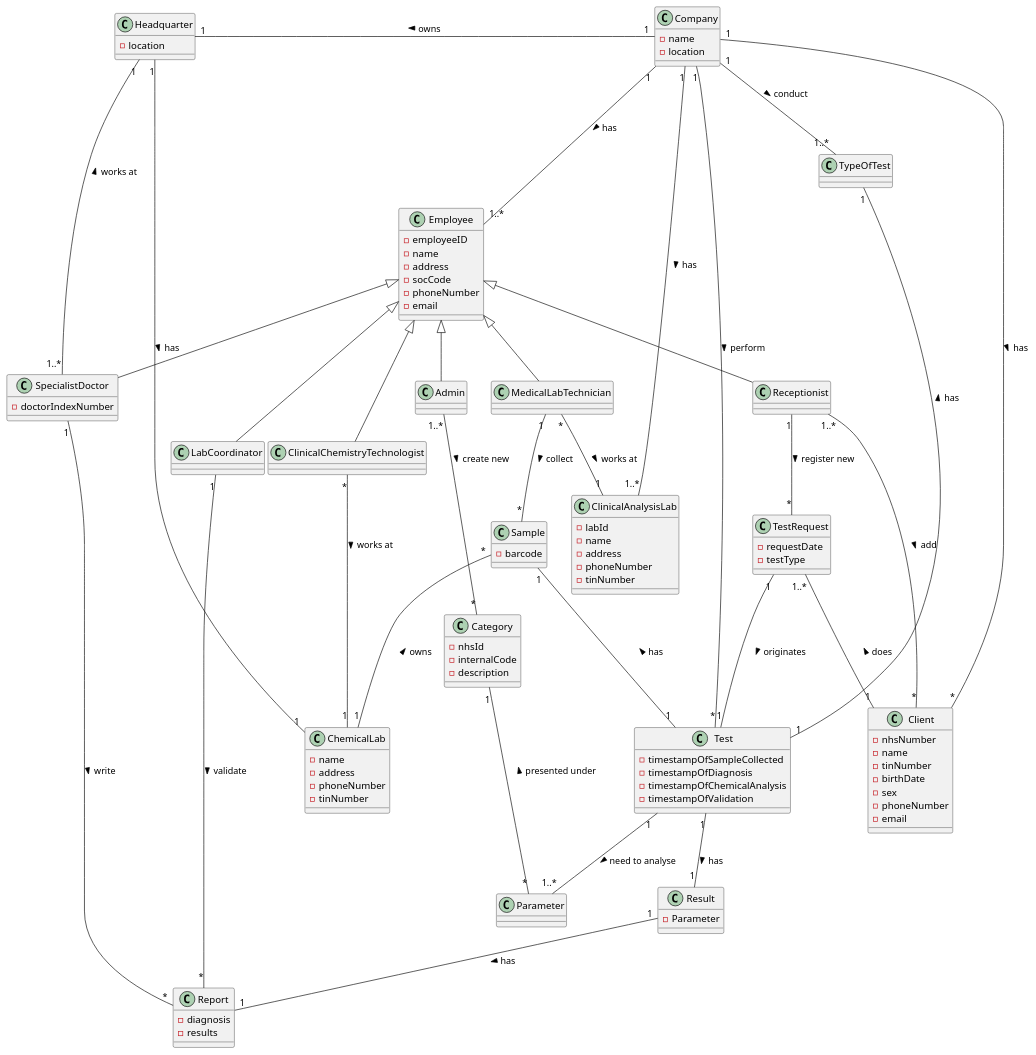
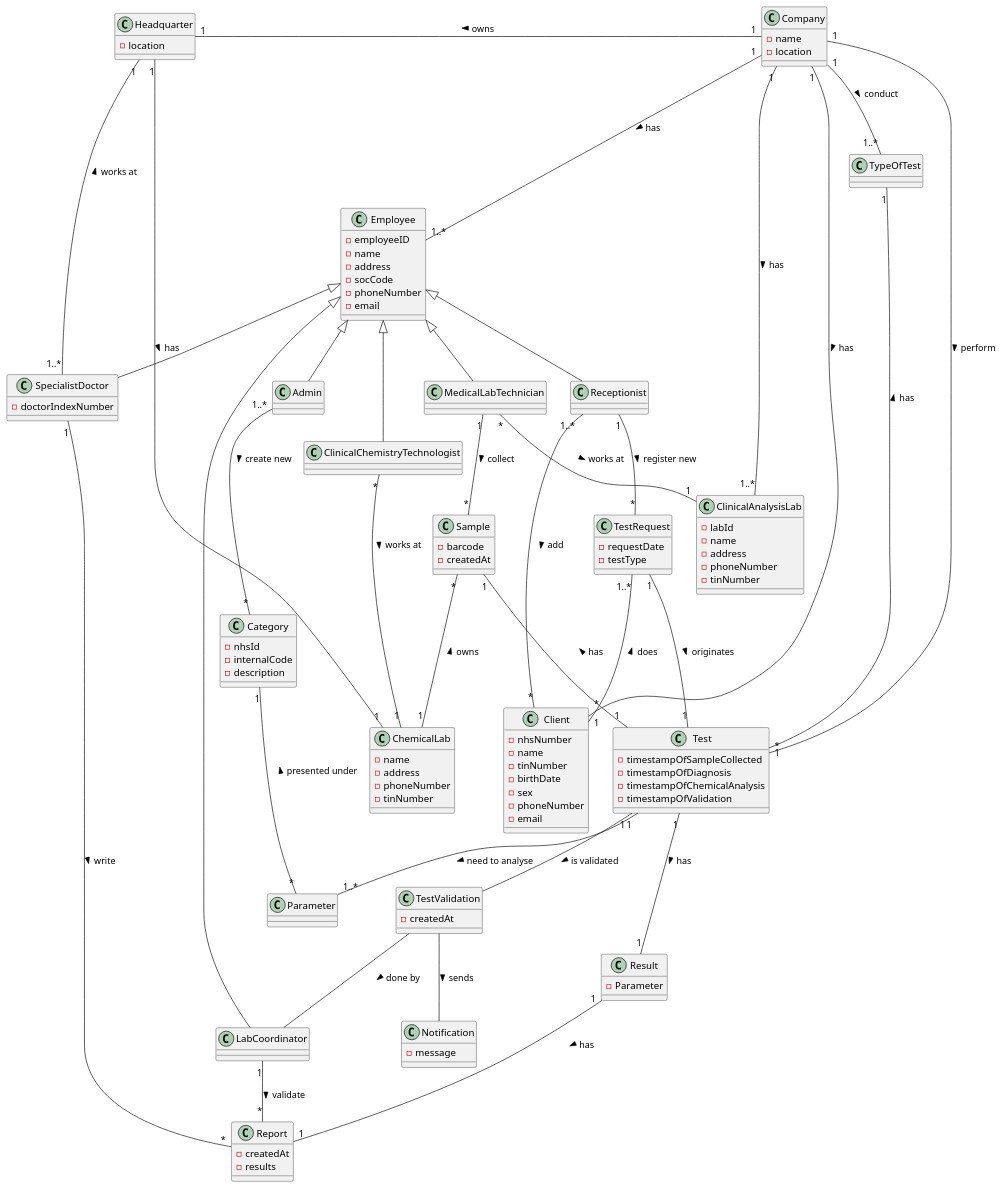
One commit to GuilhermeCunha79/lapr2 changed the diagram in docs/SprintA/DomainModelDiagram.puml. Above: the diagram before and after it, drawn with PlantUML. The commit also changed 3 other files, not shown here.

```diff
--- a/docs/SprintA/DomainModelDiagram.puml
+++ b/docs/SprintA/DomainModelDiagram.puml
@@ -1,116 +1,131 @@
 @startuml
 'https://plantuml.com/sequence-diagram
 
 top to bottom direction
 
 Company"1" --- "1..*"Employee : > has
 Company"1" -- "*"Client : > has
 Company"1" -- "1..*"ClinicalAnalysisLab : > has
 MedicalLabTechnician"*" -- "1"ClinicalAnalysisLab : > works at
 Receptionist"1" -- "*"TestRequest : > register new
 Headquarter"1" -- "1"ChemicalLab : > has
 Company"1" -left- "1"Headquarter : > owns
 Receptionist"1..*" -- "*"Client : > add
 Employee <|-- MedicalLabTechnician
 Employee <|-- ClinicalChemistryTechnologist
 Employee <|-- Receptionist
 Employee <|-- LabCoordinator
 Employee <|-- Admin
 Employee <|-- SpecialistDoctor
 ClinicalChemistryTechnologist"*" -- "1"ChemicalLab : > works at
 Test"1" -- "1"Result : > has
+Test"1" --TestValidation : > is validated
+TestValidation -- LabCoordinator : > done by
+TestValidation -- Notification : > sends
 Result"1" -- "1"Report : > has
 MedicalLabTechnician"1" -- "*"Sample : > collect
 Sample"1" -right- "1"Test : < has
 Company"1" -- "1..*"TypeOfTest : > conduct
 Company"1" -- "*"Test : > perform
 TestRequest"1..*" -- "1""Client" : < does
 SpecialistDoctor"1" -- "*"Report : > write
 SpecialistDoctor"1..*" -- "1"Headquarter : > works at
 Sample"*" -- "1"ChemicalLab : < owns
 LabCoordinator"1" -- "*"Report : > validate
 TestRequest"1" -- "1"Test : > originates
 TypeOfTest"1" -- "1""Test" : < has
 Admin"1..*" -- "*"Category : > create new
 Category"1" -- "*"Parameter : < presented under
 Test"1" -- "1..*"Parameter : > need to analyse
 
 class Client{
 -nhsNumber
 -name
 -tinNumber
 -birthDate
 -sex
 -phoneNumber
 -email
 }
 
 class Sample{
 -barcode
 }
 
 class Report{
--diagnosis
+-createdAt
 -results
 }
 
 class Employee{
 -employeeID
 -name
 -address
 -socCode
 -phoneNumber
 -email
 }
 
 class ClinicalAnalysisLab{
 -labId
 -name
 -address
 -phoneNumber
 -tinNumber
 }
 class ChemicalLab{
 -name
 -address
 -phoneNumber
 -tinNumber
 }
 
 class TestRequest{
 -requestDate
 -testType
 }
 
 class Company{
 -name
 -location
 }
 
 class Headquarter{
 -location
 }
 
 class Test{
 -timestampOfSampleCollected
 -timestampOfDiagnosis
 -timestampOfChemicalAnalysis
 -timestampOfValidation
 }
 
 class Category{
 -nhsId
 -internalCode
 -description
 }
 
+class TestValidation{
+-createdAt
+}
+
+class Sample{
+-createdAt
+}
+
+class Notification{
+-message
+}
+
 class SpecialistDoctor{
 -doctorIndexNumber
 }
 
 class Result{
 - Parameter
 }
 
 
 @enduml
```
